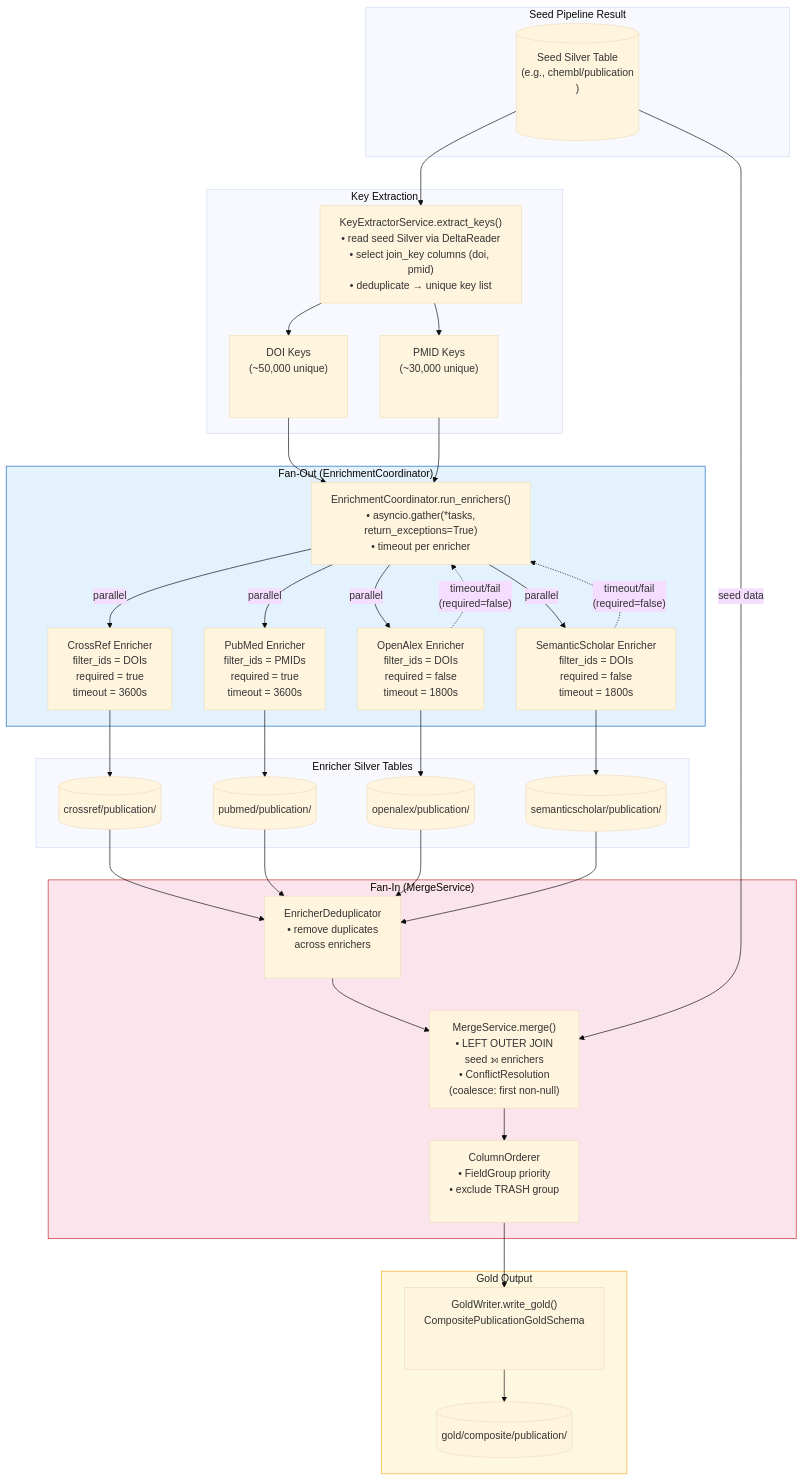
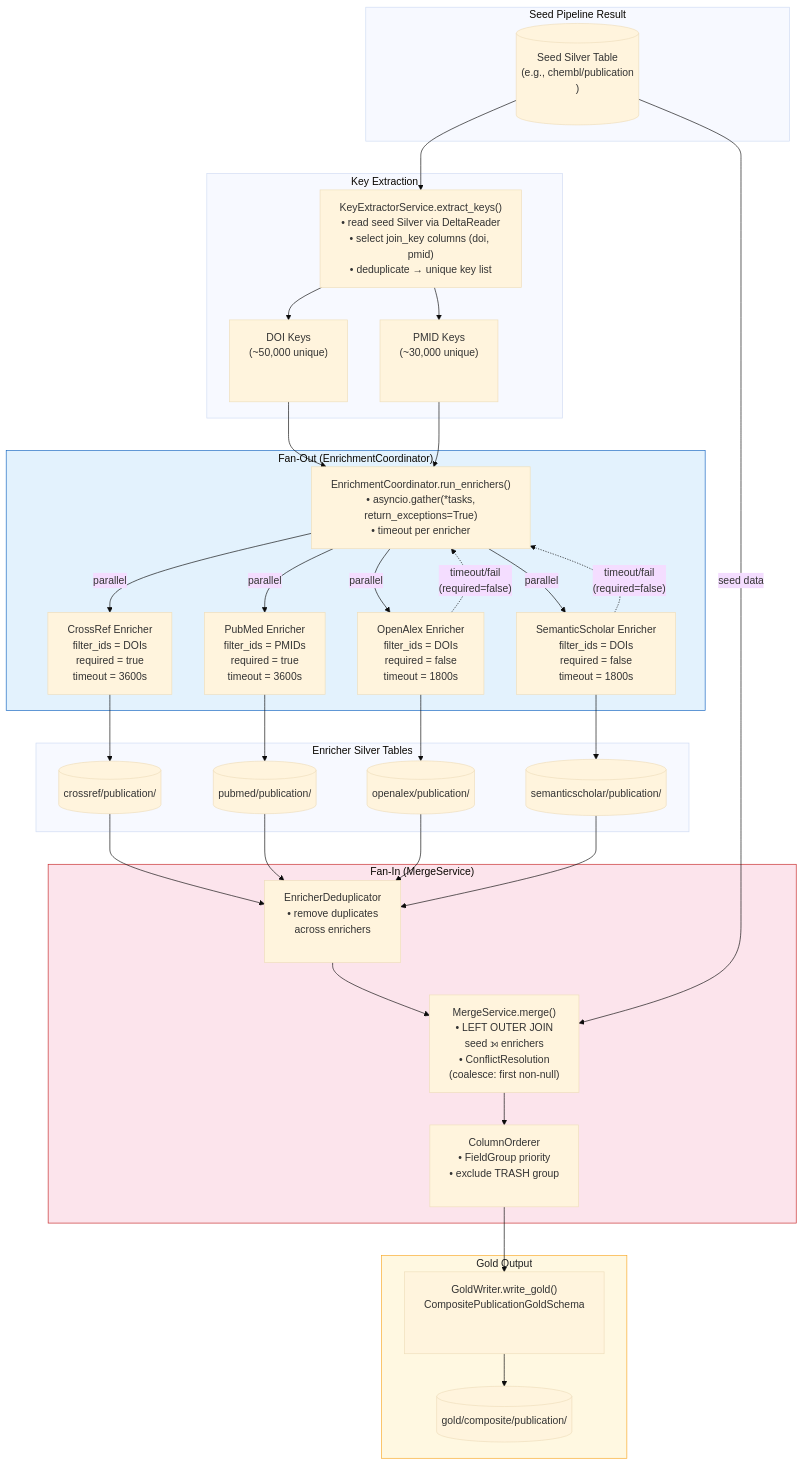
Before and after one commit to SatoryKono/BioactivityDataAcquisition: the diagram in docs/02-architecture/mmd-diagrams/foundation/43-fan-out-fan-in-pattern.mmd, drawn with Mermaid. The commit also changed 8 other files, not shown here.

```diff
--- a/docs/02-architecture/mmd-diagrams/foundation/43-fan-out-fan-in-pattern.mmd
+++ b/docs/02-architecture/mmd-diagrams/foundation/43-fan-out-fan-in-pattern.mmd
@@ -1,75 +1,75 @@
 %% Title: Fan-Out/Fan-In Pattern — Composite Pipeline Enrichment
 %% Covers: ADR-026 (Composite Pipeline Pattern), application/composite/
 %% Rank: 18 (Score 8.00) — Parallel enrichment via asyncio.gather
 %% Updated: 2026-02-17
 
 %% @version 1.0.0
 %% @date    2026-02-24
 %% @type    flowchart
 %% @level   Mixed (System / Component / Class)
 
 %%{init: {'theme': 'base', 'themeVariables': {'lineWidth': '2'}}}%%
 %% @uniform width=376 height=128 max_title_len=37 max_desc_lines=5
 flowchart TB
     subgraph Seed["Seed Pipeline Result"]
-        SS[("Seed Silver Table<br/>(e.g., chembl/publication<br/>)<br/><br/>&nbsp;")]
+        SS[("Seed Silver Table<br/>(e.g., chembl/publication<br/>)<br/><br/>")]
     end
 
     subgraph Extract["Key Extraction"]
         KE["KeyExtractorService.extract_keys()<br/>• read seed Silver via DeltaReader<br/>• select join_key columns (doi, pmid)<br/>• deduplicate → unique key list<br/>"]
         DOIS["DOI Keys<br/>(~50,000 unique)<br/><br/><br/>"]
         PMIDS["PMID Keys<br/>(~30,000 unique)<br/><br/><br/>"]
     end
 
     subgraph FanOut["Fan-Out (EnrichmentCoordinator)"]
         EC["EnrichmentCoordinator.run_enrichers()<br/>• asyncio.gather(*tasks,<br/>return_exceptions=True)<br/>• timeout per enricher<br/>"]
         E1["CrossRef Enricher<br/>filter_ids = DOIs<br/>required = true<br/>timeout = 3600s<br/>"]
         E2["PubMed Enricher<br/>filter_ids = PMIDs<br/>required = true<br/>timeout = 3600s<br/>"]
         E3["OpenAlex Enricher<br/>filter_ids = DOIs<br/>required = false<br/>timeout = 1800s<br/>"]
         E4["SemanticScholar Enricher<br/>filter_ids = DOIs<br/>required = false<br/>timeout = 1800s<br/>"]
     end
 
     subgraph Results["Enricher Silver Tables"]
         R1[("crossref/publication/"<br/>)]
         R2[("pubmed/publication/"<br/>)]
         R3[("openalex/publication/"<br/>)]
         R4[("semanticscholar/publication/"<br/>)]
     end
 
     subgraph FanIn["Fan-In (MergeService)"]
         DD["EnricherDeduplicator<br/>• remove duplicates<br/>across enrichers<br/><br/>"]
         MS["MergeService.merge()<br/>• LEFT OUTER JOIN<br/>seed ⟕ enrichers<br/>• ConflictResolution<br/>(coalesce: first non-null)"]
         CO["ColumnOrderer<br/>• FieldGroup priority<br/>• exclude TRASH group<br/><br/>"]
     end
 
     subgraph Output["Gold Output"]
         GW["GoldWriter.write_gold()<br/>CompositePublicationGoldSchema<br/><br/><br/>"]
         GT[("gold/composite/publication/"<br/>)]
     end
 
     %% Flow
     SS --> KE
     KE --> DOIS & PMIDS
 
     DOIS --> EC
     PMIDS --> EC
     EC -->|"parallel"| E1 & E2 & E3 & E4
 
     E1 --> R1
     E2 --> R2
     E3 --> R3
     E4 --> R4
 
     R1 & R2 & R3 & R4 --> DD
     DD --> MS
     SS -->|"seed data"| MS
     MS --> CO --> GW --> GT
 
     %% Error handling
     E3 -.->|"timeout/fail\n(required=false)"| EC
     E4 -.->|"timeout/fail\n(required=false)"| EC
 
     %% Styling
     style FanOut fill:#e3f2fd,stroke:#1565c0
     style FanIn fill:#fce4ec,stroke:#c62828
     style Output fill:#fff8e1,stroke:#f9a825,color:#212121
```
